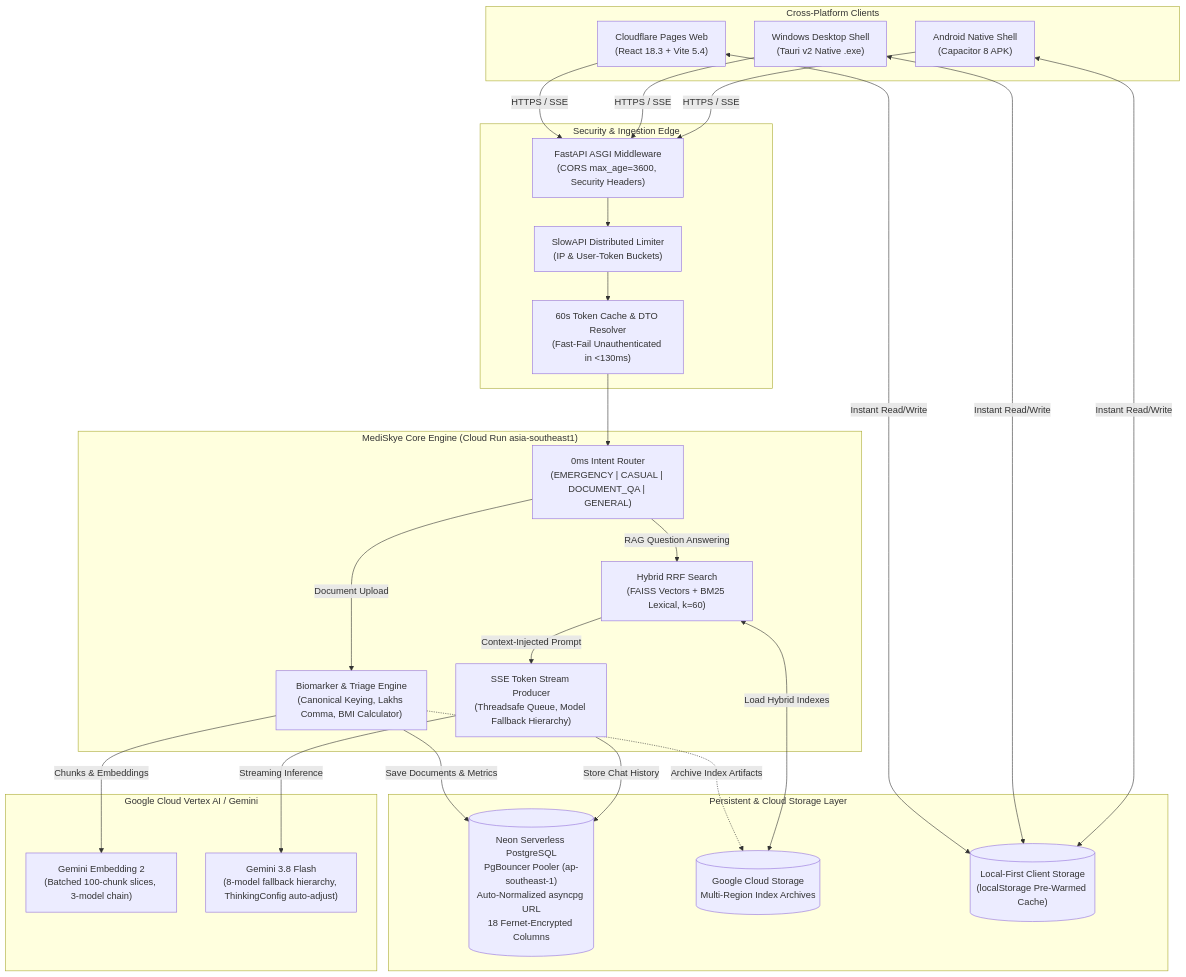
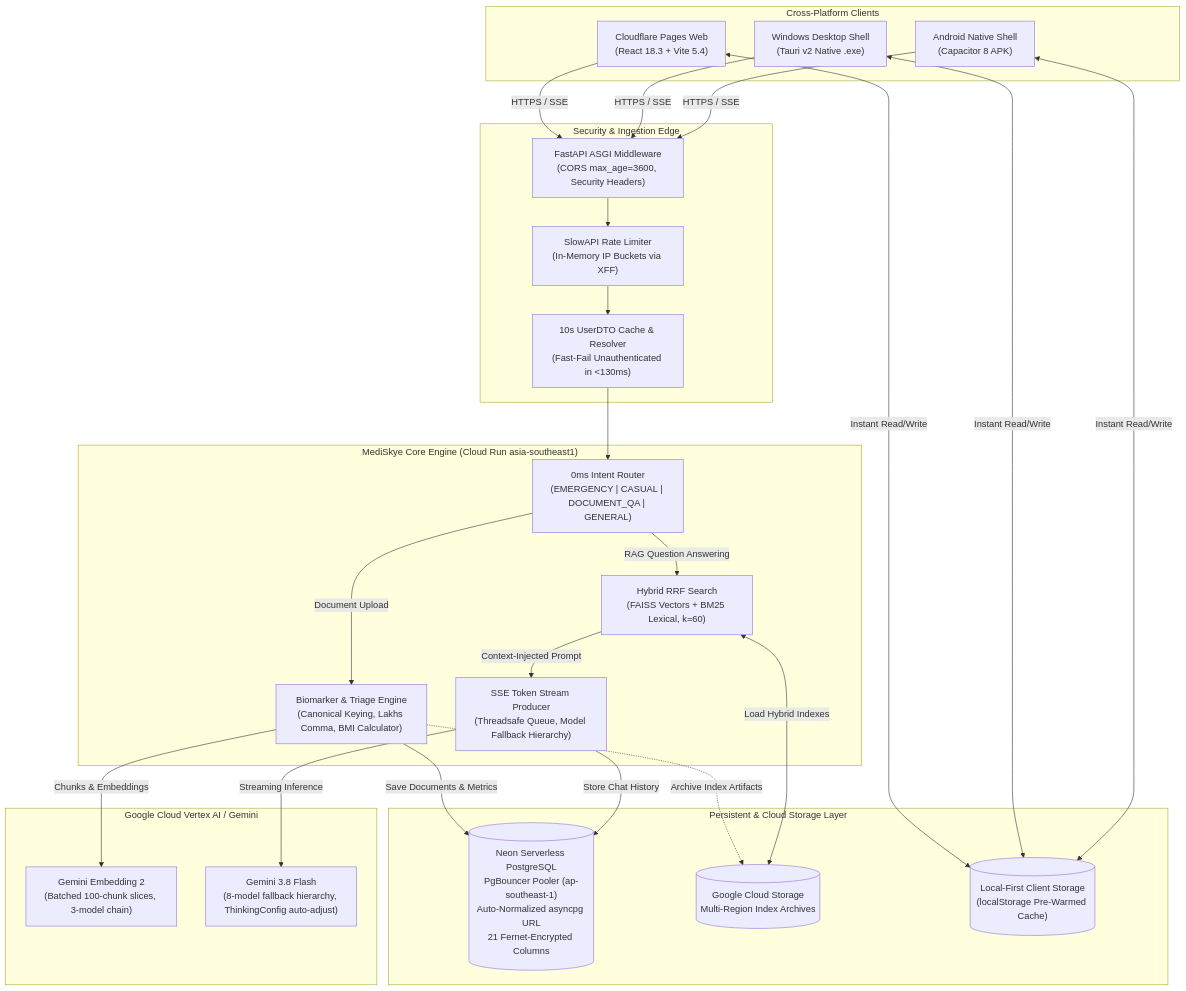
Before and after one commit to AdityaSharma2k04/MediSkye: the diagram in README.md, drawn with Mermaid. The commit also changed other lines of this file and 9 other files, not shown here.

````diff
--- a/README.md
+++ b/README.md
@@ -102,46 +101,46 @@
 ```mermaid
 flowchart TB
     subgraph Clients["Cross-Platform Clients"]
         WEB["Cloudflare Pages Web<br/>(React 18.3 + Vite 5.4)"]
         TAURI["Windows Desktop Shell<br/>(Tauri v2 Native .exe)"]
         ANDROID["Android Native Shell<br/>(Capacitor 8 APK)"]
     end
 
     subgraph Edge["Security & Ingestion Edge"]
         CORS["FastAPI ASGI Middleware<br/>(CORS max_age=3600, Security Headers)"]
-        RATE["SlowAPI Distributed Limiter<br/>(IP & User-Token Buckets)"]
-        AUTH_GATE["60s Token Cache & DTO Resolver<br/>(Fast-Fail Unauthenticated in <130ms)"]
+        RATE["SlowAPI Rate Limiter<br/>(In-Memory IP Buckets via XFF)"]
+        AUTH_GATE["10s UserDTO Cache & Resolver<br/>(Fast-Fail Unauthenticated in <130ms)"]
     end
 
     subgraph Core["MediSkye Core Engine (Cloud Run asia-southeast1)"]
         ROUTER["0ms Intent Router<br/>(EMERGENCY | CASUAL | DOCUMENT_QA | GENERAL)"]
         EXTRACT["Biomarker & Triage Engine<br/>(Canonical Keying, Lakhs Comma, BMI Calculator)"]
         RAG["Hybrid RRF Search<br/>(FAISS Vectors + BM25 Lexical, k=60)"]
         STREAM["SSE Token Stream Producer<br/>(Threadsafe Queue, Model Fallback Hierarchy)"]
     end
 
     subgraph Storage["Persistent & Cloud Storage Layer"]
-        NEON[("Neon Serverless PostgreSQL<br/>PgBouncer Pooler (ap-southeast-1)<br/>Auto-Normalized asyncpg URL<br/>18 Fernet-Encrypted Columns")]
+        NEON[("Neon Serverless PostgreSQL<br/>PgBouncer Pooler (ap-southeast-1)<br/>Auto-Normalized asyncpg URL<br/>21 Fernet-Encrypted Columns")]
         GCS[("Google Cloud Storage<br/>Multi-Region Index Archives")]
         LOCAL_CACHE[("Local-First Client Storage<br/>(localStorage Pre-Warmed Cache)")]
     end
 
     subgraph Intelligence["Google Cloud Vertex AI / Gemini"]
         EMBED_API["Gemini Embedding 2<br/>(Batched 100-chunk slices, 3-model chain)"]
         GEMINI_LLM["Gemini 3.8 Flash<br/>(8-model fallback hierarchy, ThinkingConfig auto-adjust)"]
     end
 
     WEB & TAURI & ANDROID -->|HTTPS / SSE| CORS
     WEB & TAURI & ANDROID <-->|Instant Read/Write| LOCAL_CACHE
     CORS --> RATE --> AUTH_GATE
     AUTH_GATE --> ROUTER
     ROUTER -->|Document Upload| EXTRACT
     EXTRACT -->|Chunks & Embeddings| EMBED_API
     EXTRACT -->|Save Documents & Metrics| NEON
     EXTRACT -.->|Archive Index Artifacts| GCS
     ROUTER -->|RAG Question Answering| RAG
     RAG <-->|Load Hybrid Indexes| GCS
     RAG -->|Context-Injected Prompt| STREAM
     STREAM -->|Streaming Inference| GEMINI_LLM
     STREAM -->|Store Chat History| NEON
 ```
````
